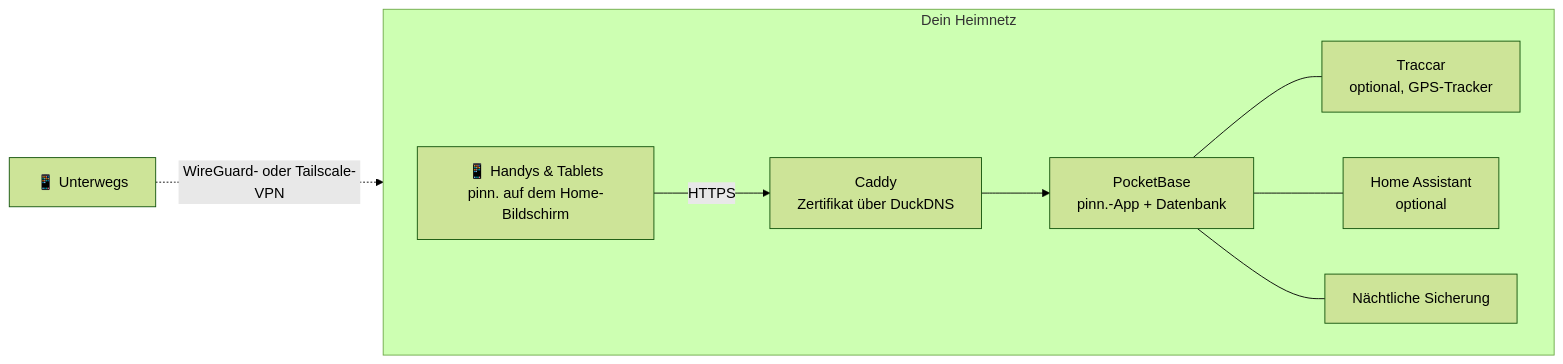
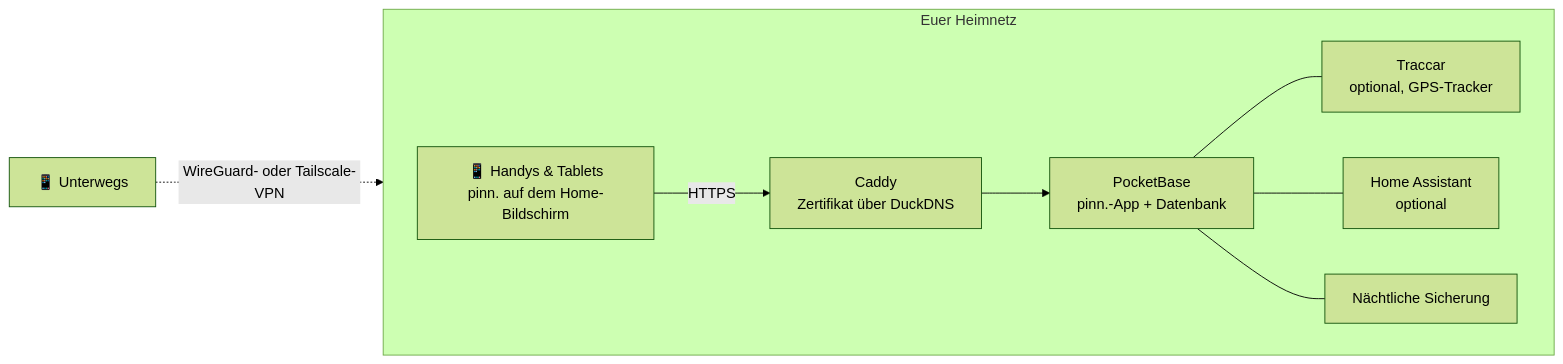
One commit to pinn-shost/pinn changed the diagram in README.de.md. Above: the diagram before and after it, drawn with Mermaid (forest theme). The commit also changed other lines of this file and 16 other files, not shown here.

````diff
--- a/README.de.md
+++ b/README.de.md
@@ -104,12 +106,12 @@
 ```mermaid
 flowchart LR
-  subgraph Home["Dein Heimnetz"]
+  subgraph Home["Euer Heimnetz"]
     direction LR
     P["📱 Handys & Tablets<br/>pinn. auf dem Home-Bildschirm"] -->|HTTPS| C["Caddy<br/>Zertifikat über DuckDNS"]
     C --> PB["PocketBase<br/>pinn.-App + Datenbank"]
     PB --- T["Traccar<br/>optional, GPS-Tracker"]
     PB --- HA["Home Assistant<br/>optional"]
     PB --- B["Nächtliche Sicherung"]
   end
   R["📱 Unterwegs"] -.->|"WireGuard- oder Tailscale-VPN"| C
 ```
````
